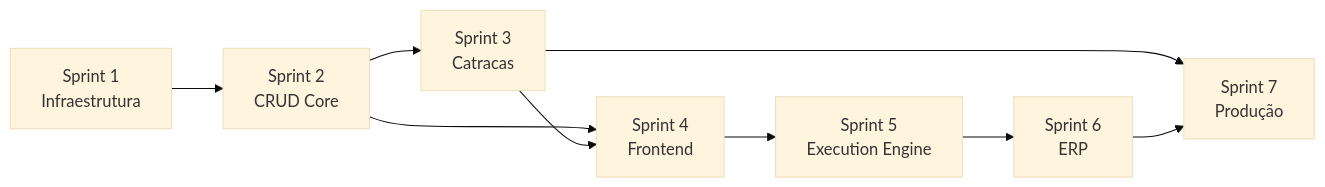
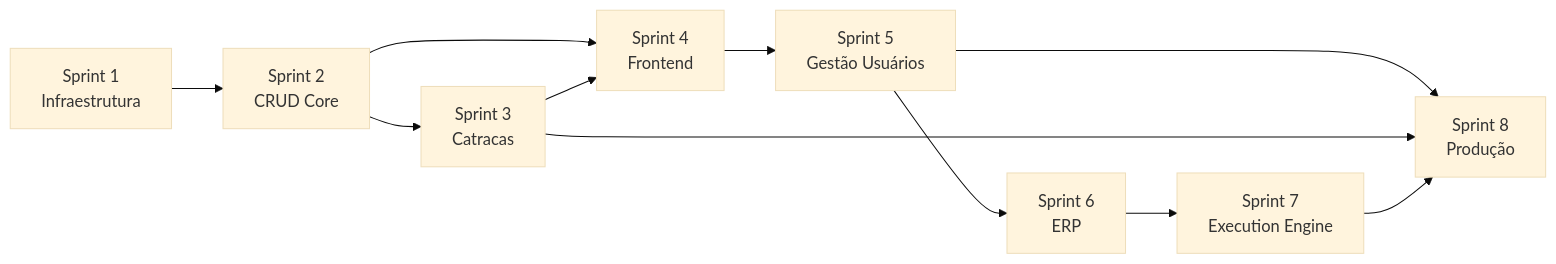
One commit to marcosdslau/openturn changed the second of 2 diagrams in docs/SPRINTS.md. Above: the diagram before and after it, drawn with Mermaid (base theme). The commit also changed other lines of this file and 24 other files, not shown here.

````diff
--- a/docs/SPRINTS.md
+++ b/docs/SPRINTS.md
@@ -274,11 +292,13 @@
 ```mermaid
 graph LR
     S1["Sprint 1<br/>Infraestrutura"] --> S2["Sprint 2<br/>CRUD Core"]
     S2 --> S3["Sprint 3<br/>Catracas"]
     S2 --> S4["Sprint 4<br/>Frontend"]
     S3 --> S4
-    S4 --> S5["Sprint 5<br/>Execution Engine"]
+    S4 --> S5["Sprint 5<br/>Gestão Usuários"]
     S5 --> S6["Sprint 6<br/>ERP"]
-    S3 --> S7["Sprint 7<br/>Produção"]
-    S6 --> S7
+    S6 --> S7["Sprint 7<br/>Execution Engine"]
+    S5 --> S8["Sprint 8<br/>Produção"]
+    S3 --> S8
+    S7 --> S8
 ```
````
